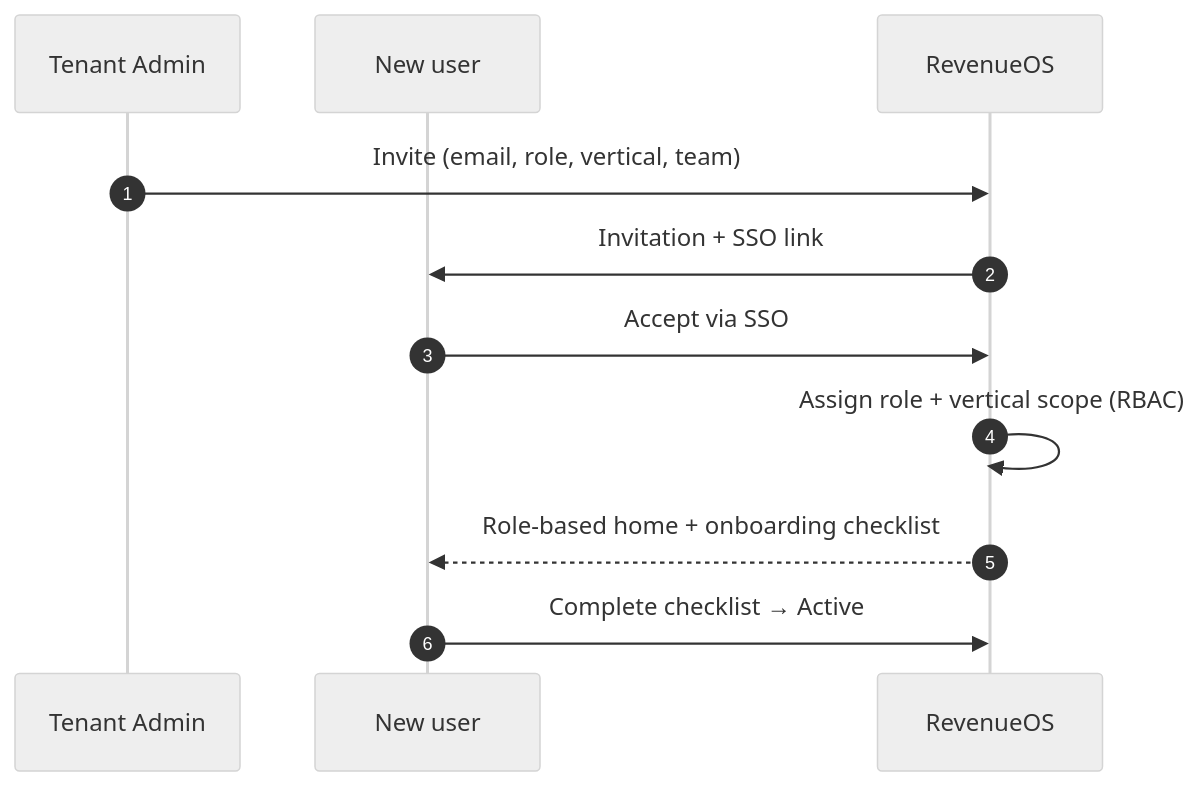
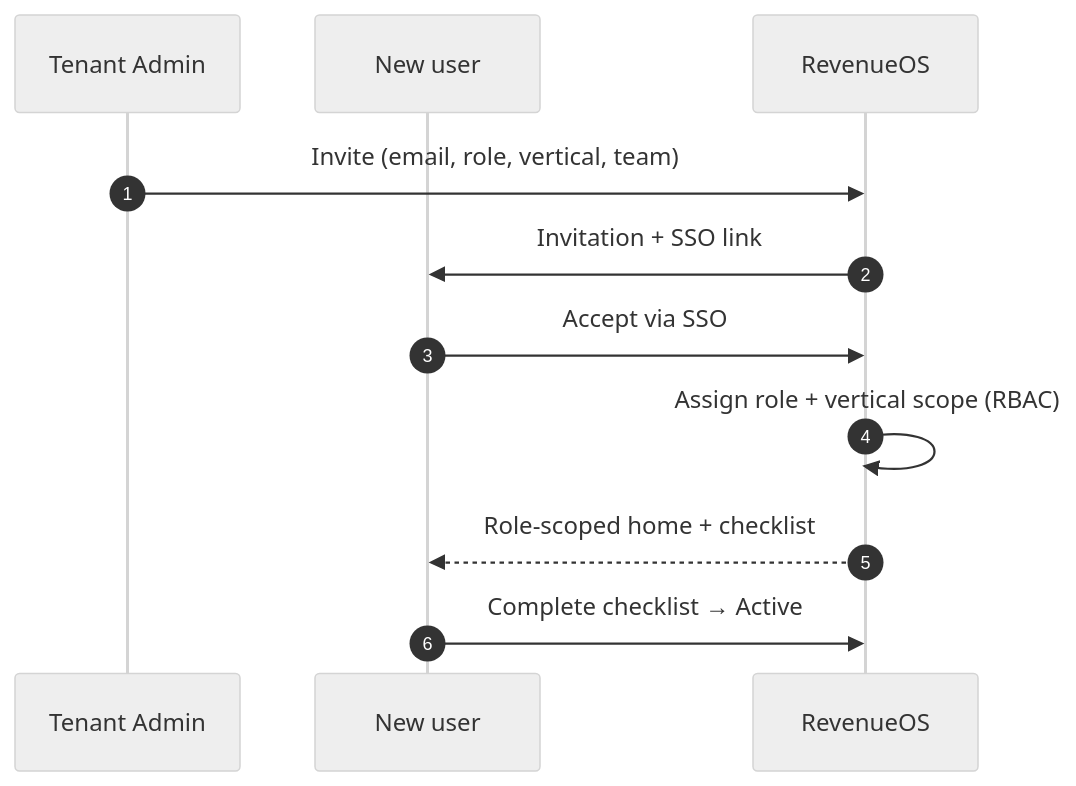
One commit to anupsahoo/revenueos changed the seventh of 10 diagrams in PRODUCT.md. Above: the diagram before and after it, drawn with Mermaid (neutral theme). The commit also changed other lines of this file and 6 other files, not shown here.

````diff
--- a/PRODUCT.md
+++ b/PRODUCT.md
@@ -107,13 +226,13 @@
 ```mermaid
 sequenceDiagram
   autonumber
   participant AD as Tenant Admin
   participant U as New user
   participant SYS as RevenueOS
   AD->>SYS: Invite (email, role, vertical, team)
   SYS->>U: Invitation + SSO link
   U->>SYS: Accept via SSO
   SYS->>SYS: Assign role + vertical scope (RBAC)
-  SYS-->>U: Role-based home + onboarding checklist
+  SYS-->>U: Role-scoped home + checklist
   U->>SYS: Complete checklist → Active
 ```
````
